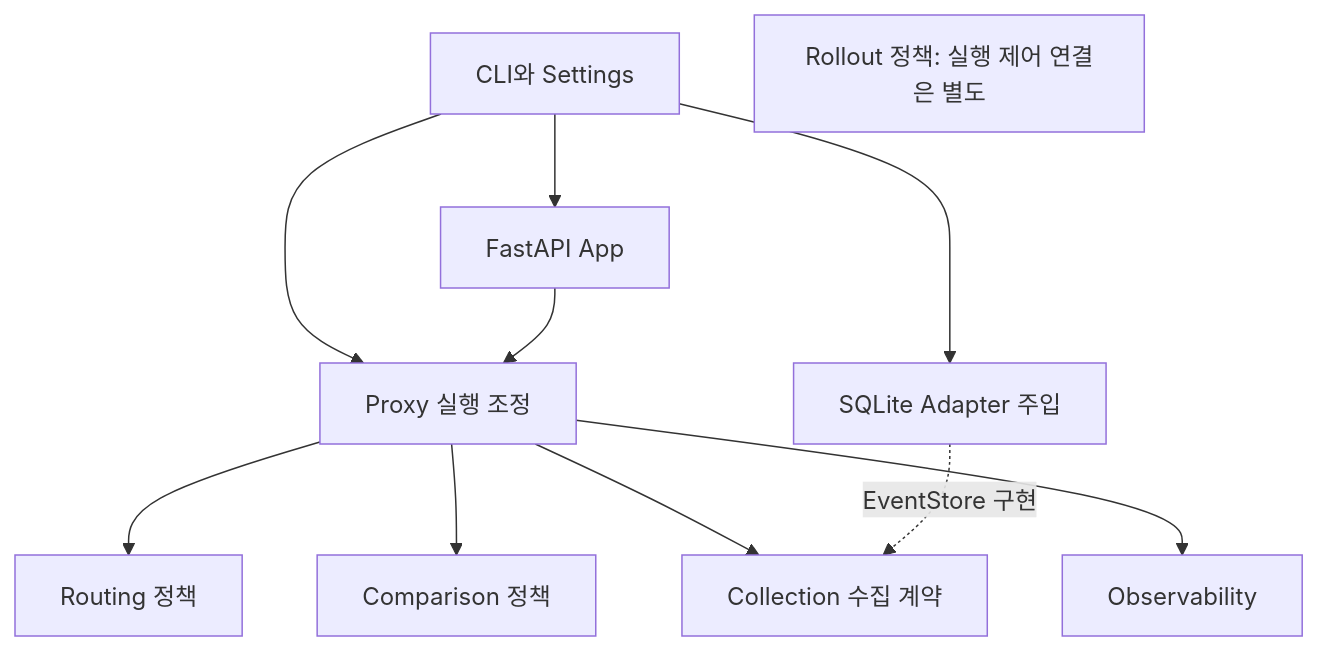
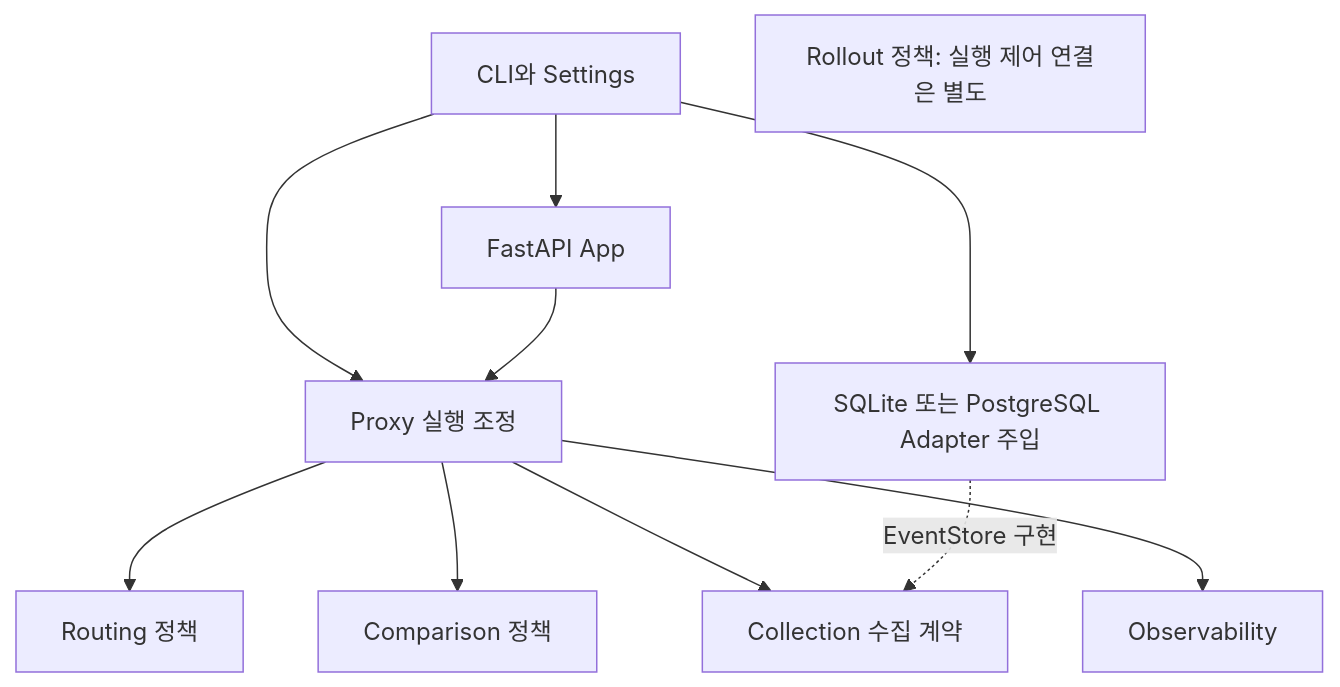
Before and after one commit to kimchanhyung98/api-migration-proxy: the diagram in docs/research/fastapi-and-domain-structure.md, drawn with Mermaid. The commit also changed other lines of this file and 16 other files, not shown here.

````diff
--- a/docs/research/fastapi-and-domain-structure.md
+++ b/docs/research/fastapi-and-domain-structure.md
@@ -120,13 +103,13 @@
 ```mermaid
 flowchart TD
     CLI[CLI와 Settings] --> App[FastAPI App]
     CLI --> Proxy[Proxy 실행 조정]
     App --> Proxy
     Proxy --> Routing[Routing 정책]
     Proxy --> Compare[Comparison 정책]
     Proxy --> Collector[Collection 수집 계약]
     Proxy --> Metrics[Observability]
-    CLI --> SQLite[SQLite Adapter 주입]
-    SQLite -. EventStore 구현 .-> Collector
+    CLI --> Store[SQLite 또는 PostgreSQL Adapter 주입]
+    Store -. EventStore 구현 .-> Collector
     Rollout[Rollout 정책: 실행 제어 연결은 별도]
 ```
````
